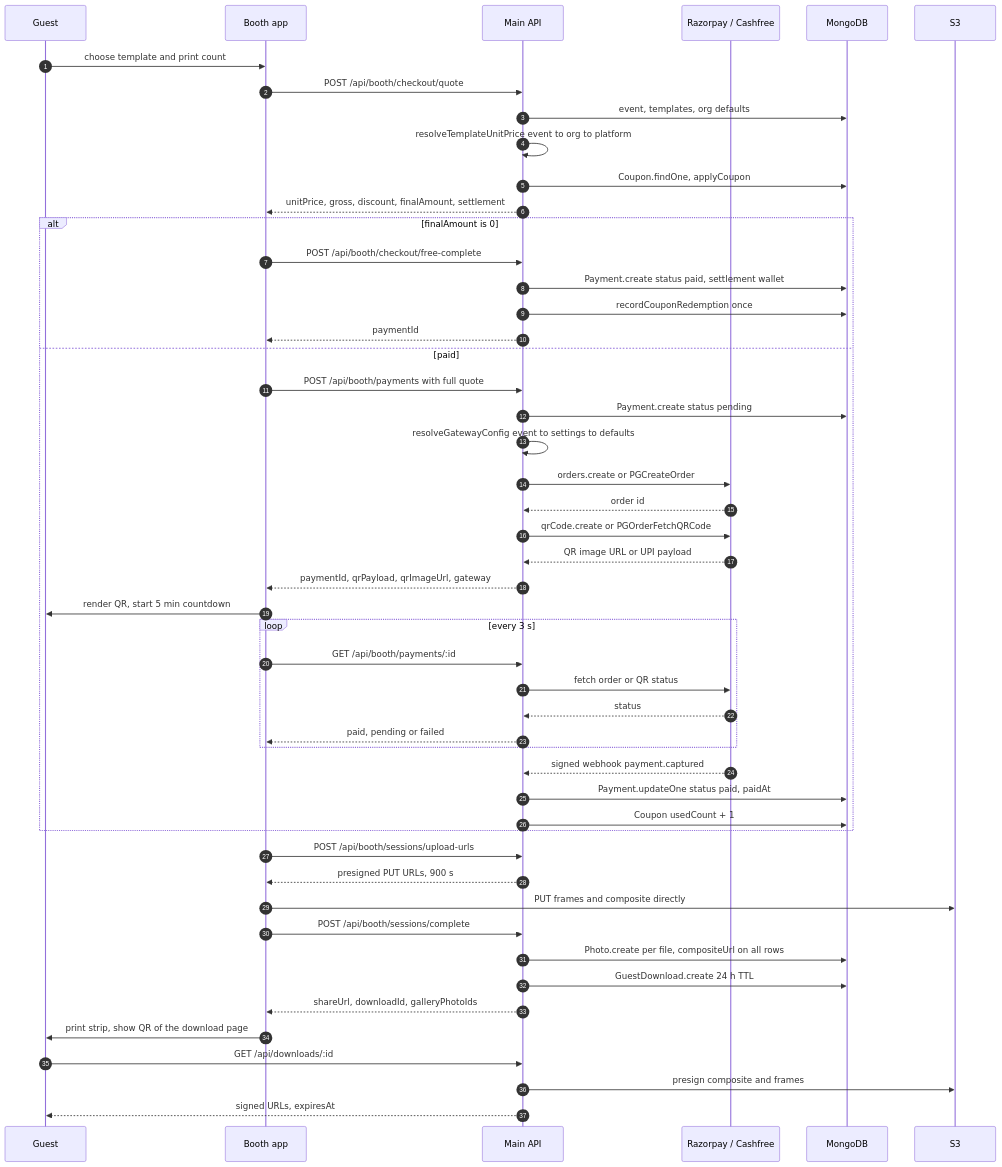
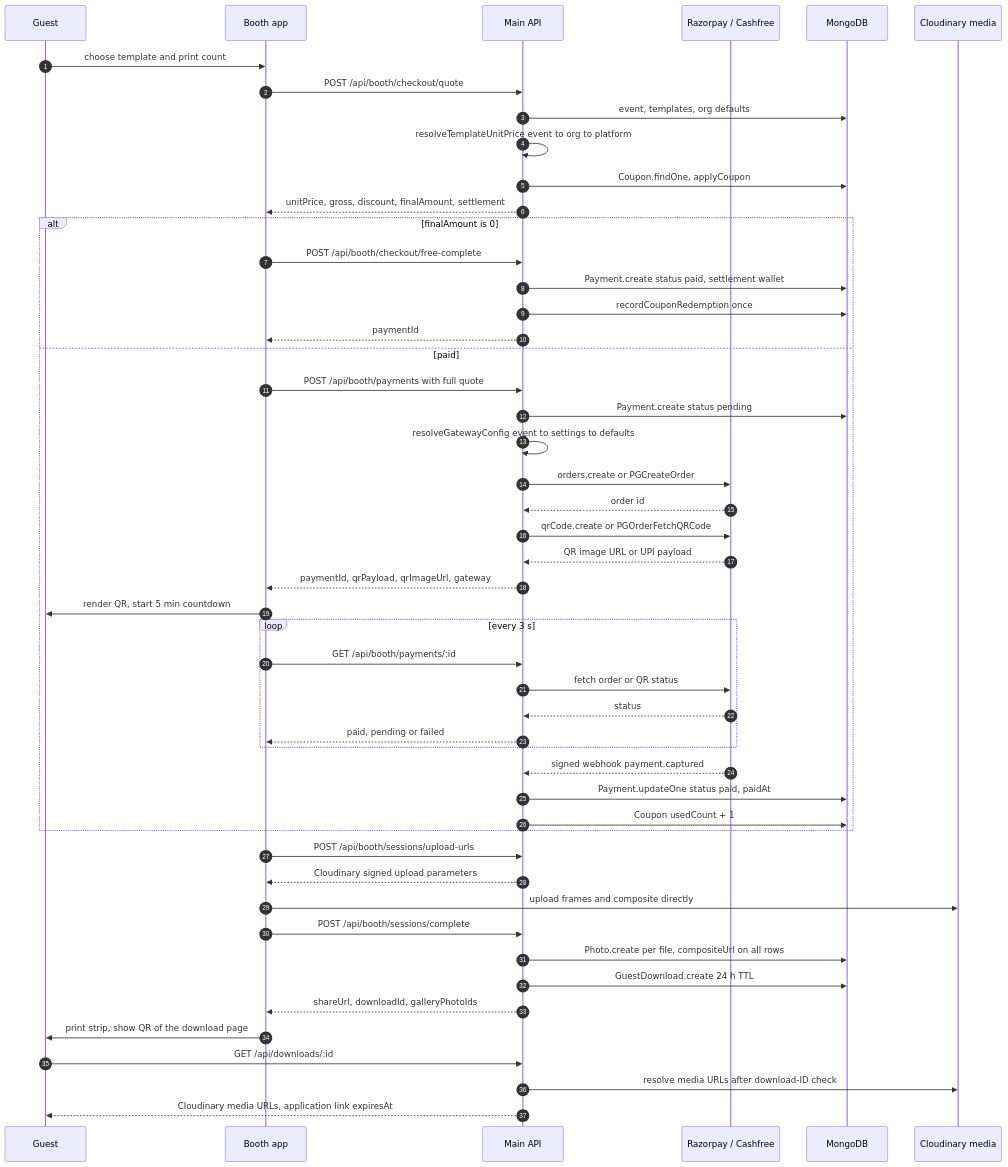
Diagram 24 of 29 in docs/DIAGRAMS.md (Krishna-Vineet/local), drawn with Mermaid before and after one commit. The commit also changed other lines of this file and 38 other files, not shown here.

````diff
--- a/docs/DIAGRAMS.md
+++ b/docs/DIAGRAMS.md
@@ -1842,53 +1846,53 @@
 ```mermaid
 sequenceDiagram
   autonumber
   participant G as Guest
   participant BO as Booth app
   participant API as Main API
   participant GW as Razorpay / Cashfree
   participant DB as MongoDB
-  participant S3 as S3
+  participant C as Cloudinary media
 
   G->>BO: choose template and print count
   BO->>API: POST /api/booth/checkout/quote
   API->>DB: event, templates, org defaults
   API->>API: resolveTemplateUnitPrice event to org to platform
   API->>DB: Coupon.findOne, applyCoupon
   API-->>BO: unitPrice, gross, discount, finalAmount, settlement
   alt finalAmount is 0
     BO->>API: POST /api/booth/checkout/free-complete
     API->>DB: Payment.create status paid, settlement wallet
     API->>DB: recordCouponRedemption once
     API-->>BO: paymentId
   else paid
     BO->>API: POST /api/booth/payments with full quote
     API->>DB: Payment.create status pending
     API->>API: resolveGatewayConfig event to settings to defaults
     API->>GW: orders.create or PGCreateOrder
     GW-->>API: order id
     API->>GW: qrCode.create or PGOrderFetchQRCode
     GW-->>API: QR image URL or UPI payload
     API-->>BO: paymentId, qrPayload, qrImageUrl, gateway
     BO->>G: render QR, start 5 min countdown
     loop every 3 s
       BO->>API: GET /api/booth/payments/:id
       API->>GW: fetch order or QR status
       GW-->>API: status
       API-->>BO: paid, pending or failed
     end
     GW-->>API: signed webhook payment.captured
     API->>DB: Payment.updateOne status paid, paidAt
     API->>DB: Coupon usedCount + 1
   end
   BO->>API: POST /api/booth/sessions/upload-urls
-  API-->>BO: presigned PUT URLs, 900 s
-  BO->>S3: PUT frames and composite directly
+  API-->>BO: Cloudinary signed upload parameters
+  BO->>C: upload frames and composite directly
   BO->>API: POST /api/booth/sessions/complete
   API->>DB: Photo.create per file, compositeUrl on all rows
   API->>DB: GuestDownload.create 24 h TTL
   API-->>BO: shareUrl, downloadId, galleryPhotoIds
   BO->>G: print strip, show QR of the download page
   G->>API: GET /api/downloads/:id
-  API->>S3: presign composite and frames
-  API-->>G: signed URLs, expiresAt
+  API->>C: resolve media URLs after download-ID check
+  API-->>G: Cloudinary media URLs, application link expiresAt
 ```
````
